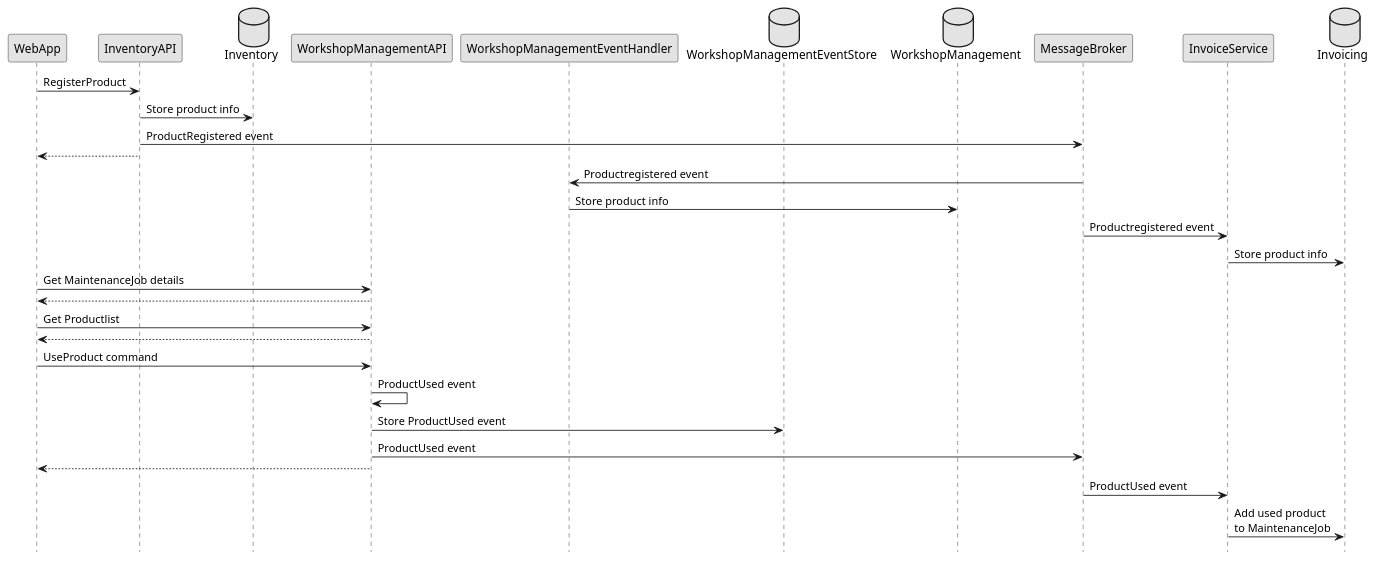
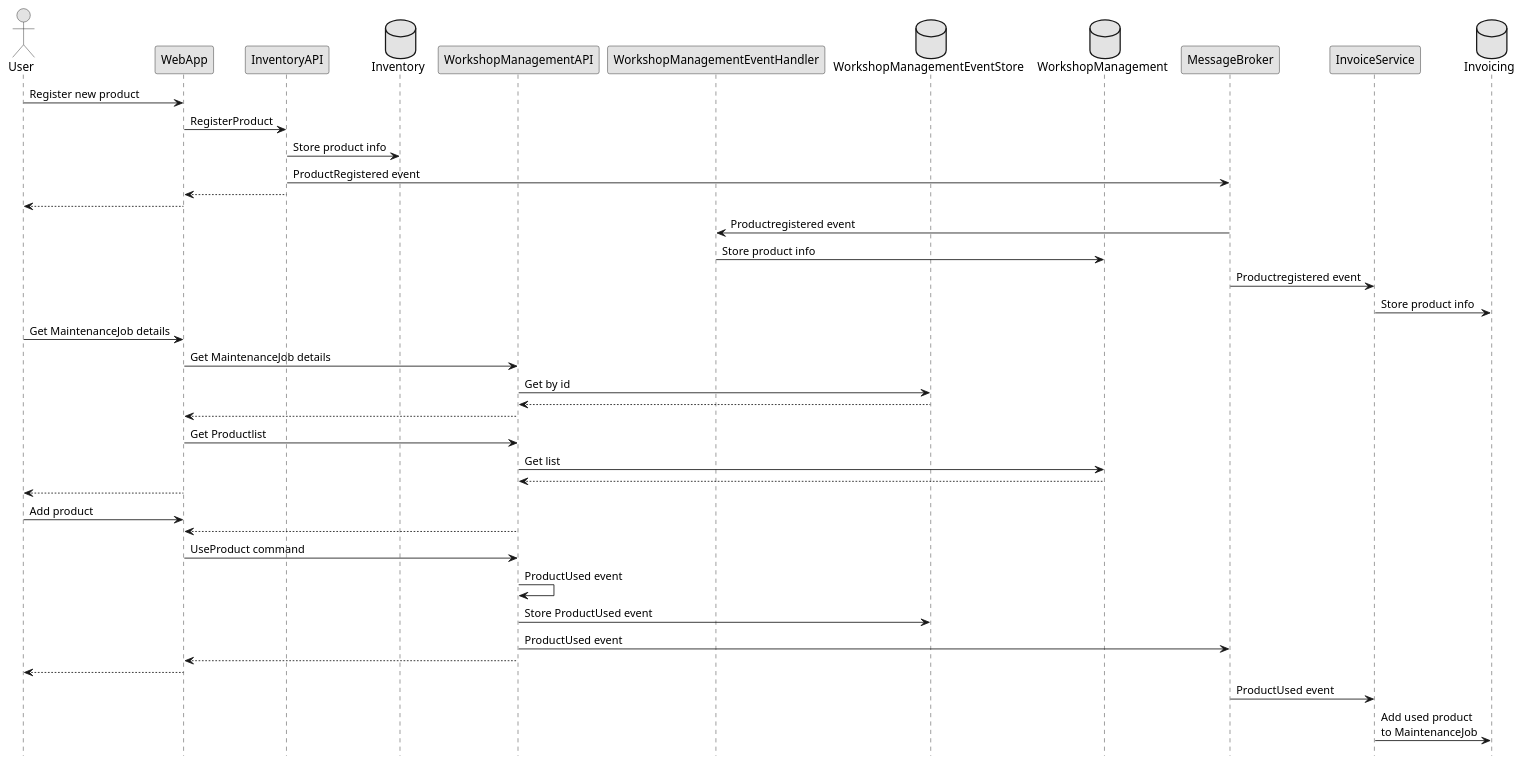
The diagram in inventory-management.puml (EdwinVW/cloud-native-architecture-workshop), drawn with PlantUML before and after one commit. The commit also changed 1 other file, not shown here.

Commit message:
Updated InventoryManagement sequence diagram

```diff
--- a/inventory-management.puml
+++ b/inventory-management.puml
@@ -1,39 +1,50 @@
 @startuml
 
 skinparam monochrome true
 hide footbox
 
+actor User
 participant WebApp
 participant InventoryAPI
 database Inventory
 participant WorkshopManagementAPI
 participant WorkshopManagementEventHandler
 database WorkshopManagementEventStore 
 database WorkshopManagement
 participant MessageBroker
 participant InvoiceService
 database Invoicing
 
+User -> WebApp: Register new product
 WebApp -> InventoryAPI: RegisterProduct
 InventoryAPI -> Inventory: Store product info
 InventoryAPI -> MessageBroker: ProductRegistered event
 WebApp <-- InventoryAPI
+User <-- WebApp
 MessageBroker -> WorkshopManagementEventHandler: Productregistered event
 WorkshopManagementEventHandler -> WorkshopManagement: Store product info
 MessageBroker -> InvoiceService: Productregistered event
 InvoiceService -> Invoicing: Store product info
 
+User -> WebApp: Get MaintenanceJob details
 WebApp -> WorkshopManagementAPI: Get MaintenanceJob details
+WorkshopManagementAPI -> WorkshopManagementEventStore: Get by id
+WorkshopManagementAPI <-- WorkshopManagementEventStore
 WebApp <-- WorkshopManagementAPI
 WebApp -> WorkshopManagementAPI: Get Productlist
+WorkshopManagementAPI -> WorkshopManagement: Get list
+WorkshopManagementAPI <-- WorkshopManagement
+User <-- WebApp
+User -> WebApp: Add product
 WebApp <-- WorkshopManagementAPI
 WebApp -> WorkshopManagementAPI: UseProduct command
 WorkshopManagementAPI -> WorkshopManagementAPI: ProductUsed event
 WorkshopManagementAPI -> WorkshopManagementEventStore: Store ProductUsed event
 WorkshopManagementAPI -> MessageBroker: ProductUsed event
 WebApp <-- WorkshopManagementAPI
+User <-- WebApp
 
 MessageBroker -> InvoiceService: ProductUsed event
 InvoiceService -> Invoicing: Add used product\nto MaintenanceJob
 
 @enduml
```
